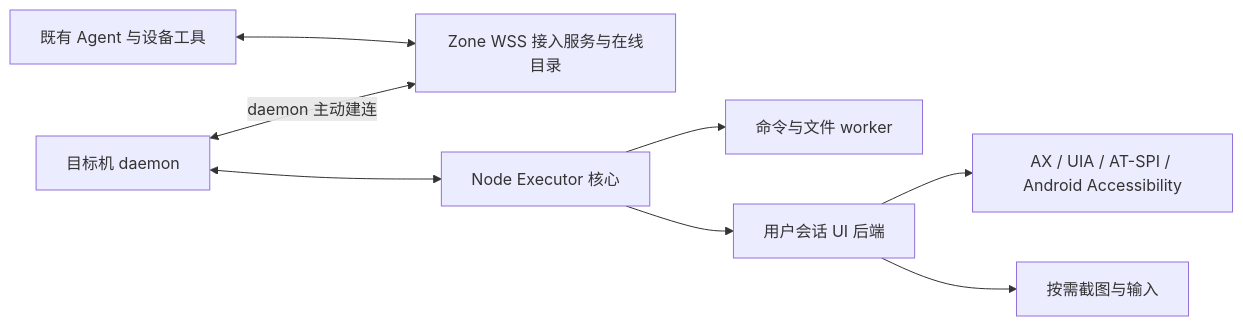
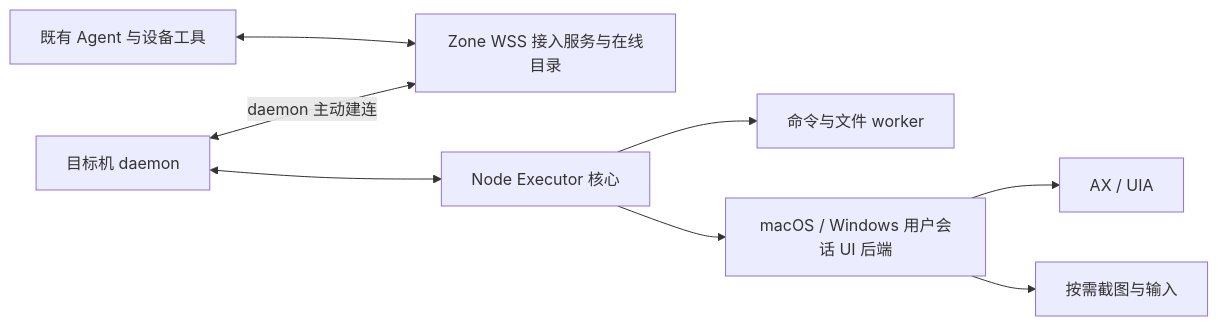
One commit to buckyos/buckyos changed the diagram in notepads/buckyos-agent-daemon-todo.md. Above: the diagram before and after it, drawn with Mermaid. The commit also changed other lines of this file and 55 other files, not shown here.

````diff
--- a/notepads/buckyos-agent-daemon-todo.md
+++ b/notepads/buckyos-agent-daemon-todo.md
@@ -80,10 +80,10 @@
 ```mermaid
 flowchart LR
     A[既有 Agent 与设备工具] <--> Z[Zone WSS 接入服务与在线目录]
     D[目标机 daemon] <-->|daemon 主动建连| Z
     D <--> E[Node Executor 核心]
     E --> W[命令与文件 worker]
-    E --> U[用户会话 UI 后端]
-    U --> S[AX / UIA / AT-SPI / Android Accessibility]
+    E --> U[macOS / Windows 用户会话 UI 后端]
+    U --> S[AX / UIA]
     U --> V[按需截图与输入]
 ```
````
